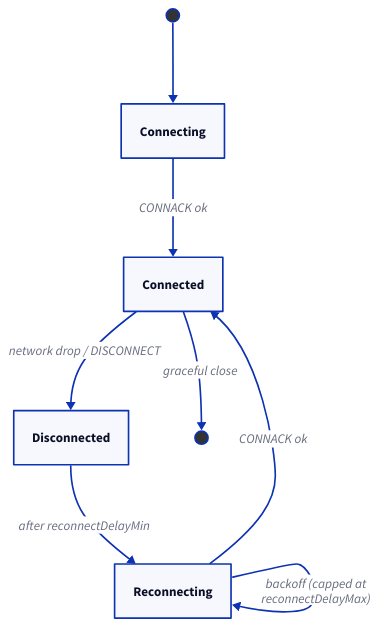
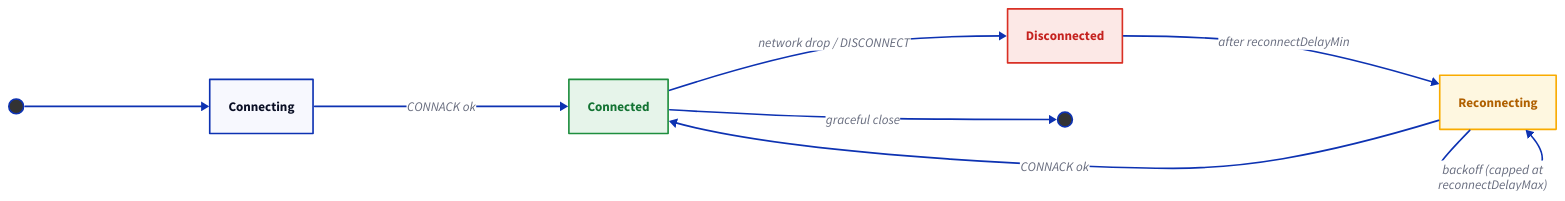
Before and after one commit to admiral-ai/zebra-handheld-rfid-iotc: the second of 2 diagrams in docs/foundations/mqtt/connection-lifecycle.md, drawn with D2. The commit also changed other lines of this file and 40 other files, not shown here.

First line of the commit message:
Redesign all 54 D2 diagrams to a unified visual system

````diff
--- a/docs/foundations/mqtt/connection-lifecycle.md
+++ b/docs/foundations/mqtt/connection-lifecycle.md
@@ -43,15 +44,22 @@
 ```d2
-start: "" { shape: circle; style.fill: "#333"; width: 16; height: 16 }
+classes: {
+  good: { style: { fill: "#e6f4ea"; stroke: "#1e8e3e"; font-color: "#137333" } }
+  warn: { style: { fill: "#fef7e0"; stroke: "#f9ab00"; font-color: "#b06000" } }
+  bad:  { style: { fill: "#fce8e6"; stroke: "#d93025"; font-color: "#c5221f" } }
+}
+direction: right
+start: "" { shape: circle; style.fill: "#333333"; width: 18; height: 18 }
 Connecting
-Connected
-Disconnected
-Reconnecting
-done: "" { shape: circle; style.fill: "#333"; width: 16; height: 16 }
+Connected { class: good }
+Disconnected { class: bad }
+Reconnecting { class: warn }
+done: "" { shape: circle; style.fill: "#333333"; width: 18; height: 18 }
 start -> Connecting
 Connecting -> Connected: CONNACK ok
 Connected -> Disconnected: network drop / DISCONNECT
 Disconnected -> Reconnecting: after reconnectDelayMin
 Reconnecting -> Connected: CONNACK ok
 Reconnecting -> Reconnecting: "backoff (capped at\nreconnectDelayMax)"
 Connected -> done: graceful close
+
 ```
````
